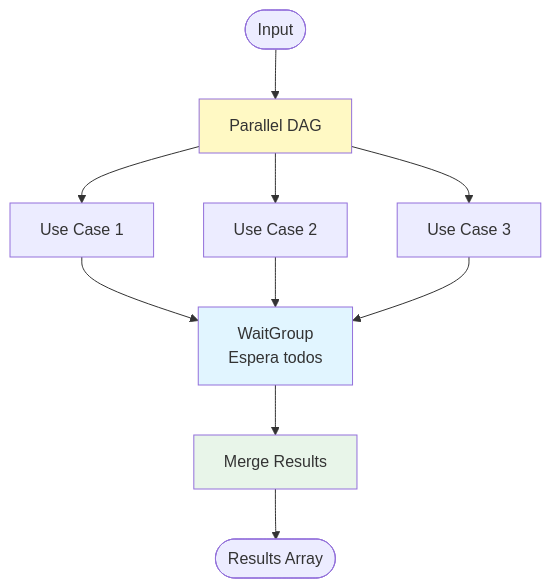
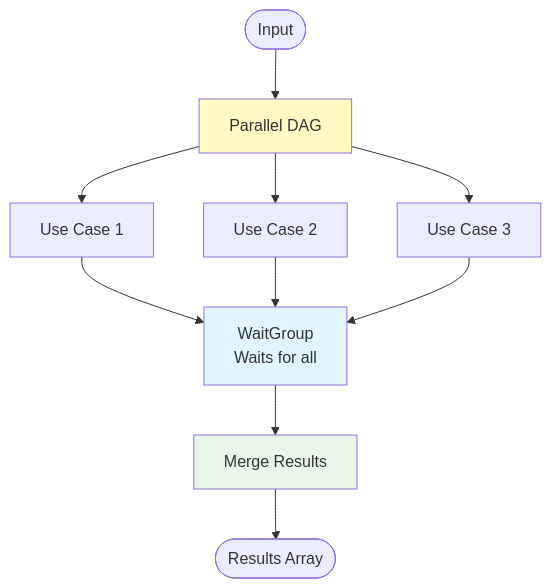
Diagram 15 of 27 in README.md (Simon3640/GoProjectSkeleton), drawn with Mermaid before and after one commit. The commit also changed other lines of this file and 1 other file, not shown here.

````diff
--- a/README.md
+++ b/README.md
@@ -1688,19 +1688,19 @@
 ```mermaid
 graph TB
     Start([Input]) --> Parallel[Parallel DAG]
 
     Parallel --> UC1[Use Case 1]
     Parallel --> UC2[Use Case 2]
     Parallel --> UC3[Use Case 3]
 
-    UC1 --> Wait[WaitGroup<br/>Espera todos]
+    UC1 --> Wait[WaitGroup<br/>Waits for all]
     UC2 --> Wait
     UC3 --> Wait
 
     Wait --> Merge[Merge Results]
     Merge --> End([Results Array])
 
     style Parallel fill:#fff9c4
     style Wait fill:#e1f5ff
     style Merge fill:#e8f5e9
 ```
````
